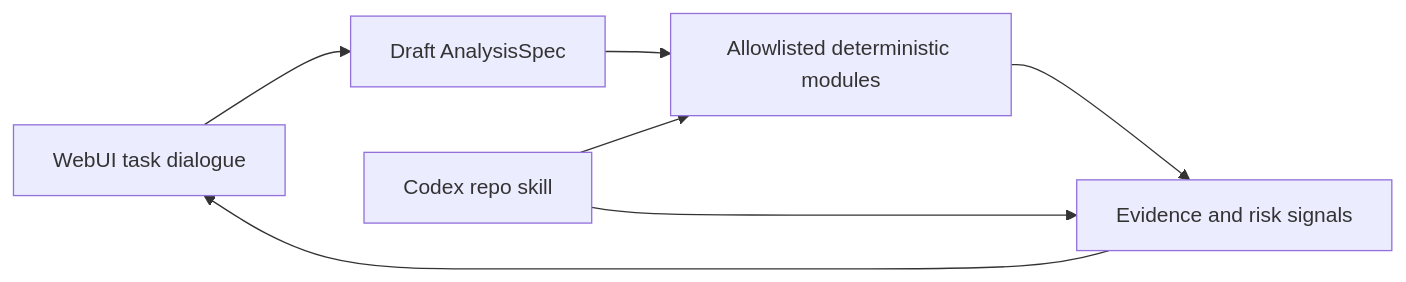
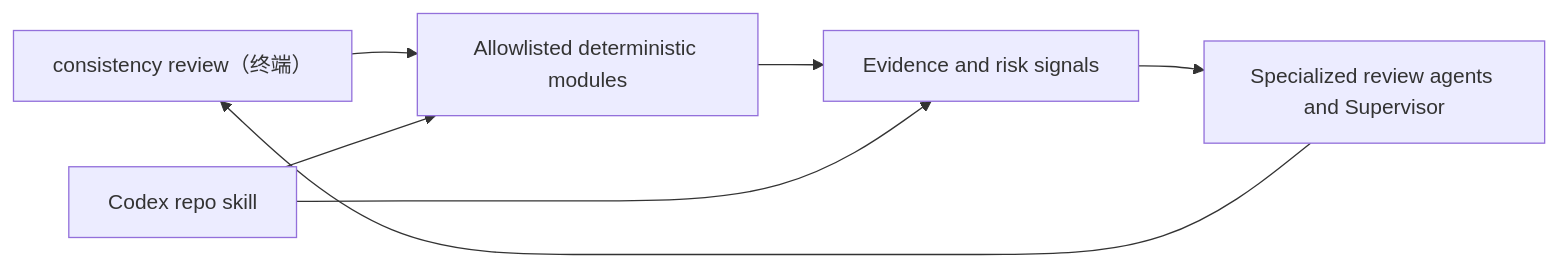
The diagram in docs/llm-codex-integration.md (sk1ua/ConsistenCy), drawn with Mermaid before and after one commit. The commit also changed other lines of this file and 24 other files, not shown here.

````diff
--- a/docs/llm-codex-integration.md
+++ b/docs/llm-codex-integration.md
@@ -5,9 +5,9 @@
 ```mermaid
 flowchart LR
-  U["WebUI task dialogue"] --> P["Draft AnalysisSpec"]
-  P --> R["Allowlisted deterministic modules"]
+  U["consistency review（终端）"] --> R["Allowlisted deterministic modules"]
   R --> E["Evidence and risk signals"]
-  E --> U
+  E --> M["Specialized review agents and Supervisor"]
+  M --> U
   C["Codex repo skill"] --> R
   C --> E
 ```
````
